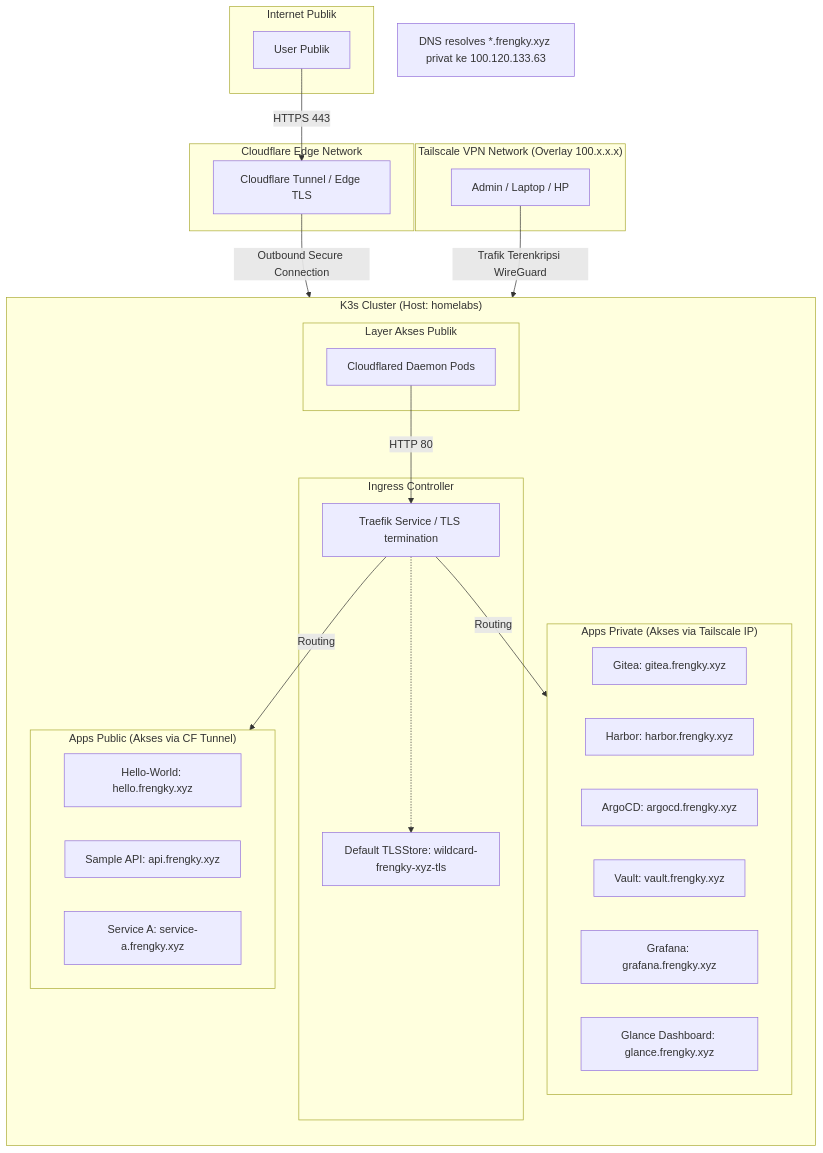
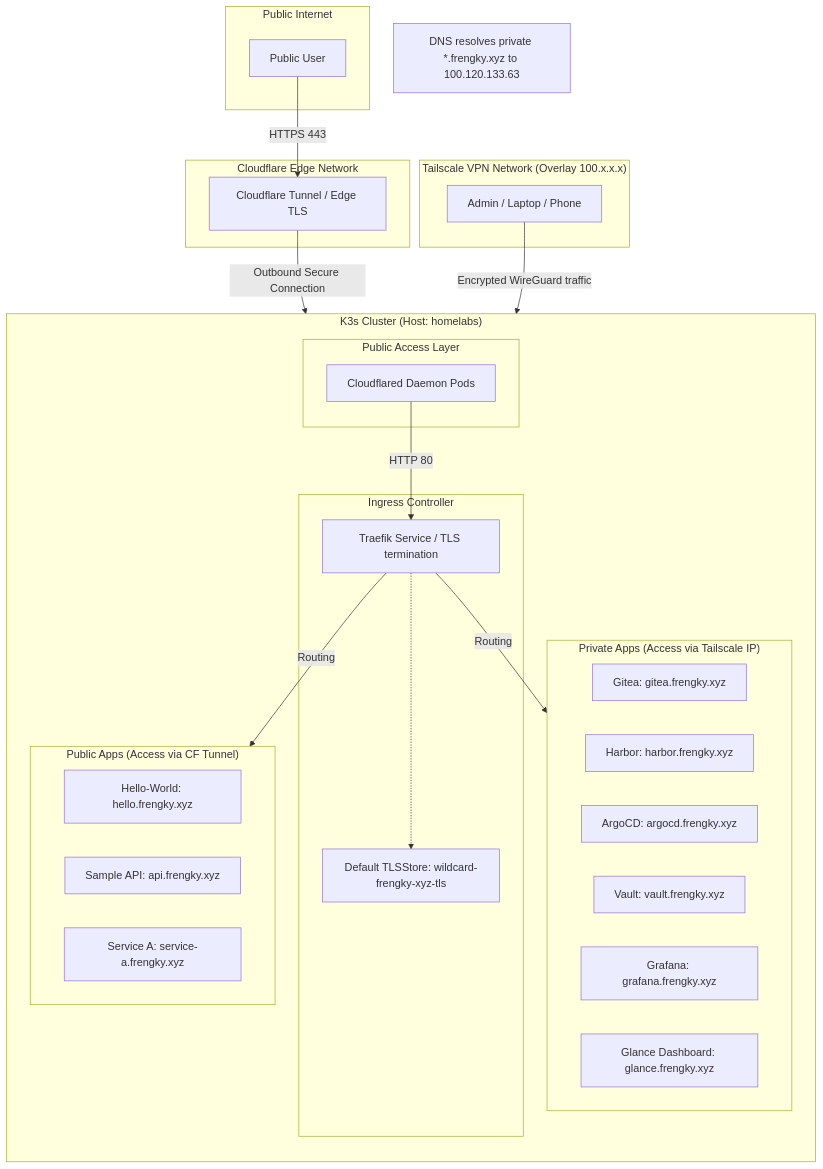
One commit to frengkysorituamanurung/homelabs changed the second of 2 diagrams in docs/k3s_infrastructure.md. Above: the diagram before and after it, drawn with Mermaid. The commit also changed other lines of this file and 15 other files, not shown here.

````diff
--- a/docs/k3s_infrastructure.md
+++ b/docs/k3s_infrastructure.md
@@ -371,54 +371,54 @@
 ```mermaid
 graph TB
-    subgraph Internet_Publik["Internet Publik"]
-        User1[User Publik]
+    subgraph Internet_Publik["Public Internet"]
+        User1[Public User]
     end
     
     subgraph Tailnet_VPN["Tailscale VPN Network (Overlay 100.x.x.x)"]
-        Admin[Admin / Laptop / HP]
+        Admin[Admin / Laptop / Phone]
     end
     
     subgraph Cloudflare_Edge["Cloudflare Edge Network"]
         Tunnel[Cloudflare Tunnel / Edge TLS]
     end
     
     subgraph K3s_Host["K3s Cluster (Host: homelabs)"]
         direction TB
         
-        subgraph Cloudflare_Ingress["Layer Akses Publik"]
+        subgraph Cloudflare_Ingress["Public Access Layer"]
             CF_Daemon[Cloudflared Daemon Pods]
         end
         
         subgraph Traefik_Core["Ingress Controller"]
             Traefik[Traefik Service / TLS termination]
             TLSStore[Default TLSStore: wildcard-frengky-xyz-tls]
         end
         
-        subgraph Apps_Private["Apps Private (Akses via Tailscale IP)"]
+        subgraph Apps_Private["Private Apps (Access via Tailscale IP)"]
             Gitea[Gitea: gitea.frengky.xyz]
             Harbor[Harbor: harbor.frengky.xyz]
             ArgoCD[ArgoCD: argocd.frengky.xyz]
             Vault[Vault: vault.frengky.xyz]
             Grafana[Grafana: grafana.frengky.xyz]
             Glance[Glance Dashboard: glance.frengky.xyz]
         end
         
-        subgraph Apps_Public["Apps Public (Akses via CF Tunnel)"]
+        subgraph Apps_Public["Public Apps (Access via CF Tunnel)"]
             HelloWorld[Hello-World: hello.frengky.xyz]
             SampleAPI[Sample API: api.frengky.xyz]
             ServiceA[Service A: service-a.frengky.xyz]
         end
     end
- 
-    %% Jalur Trafik Publik
+    
+    %% Public traffic path
     User1 -->|HTTPS 443| Tunnel
     Tunnel -->|Outbound Secure Connection| CF_Daemon
     CF_Daemon -->|HTTP 80| Traefik
     Traefik -->|Routing| Apps_Public
- 
-    %% Jalur Trafik Privat
-    Admin -->|Trafik Terenkripsi WireGuard| Traefik
-    note["DNS resolves *.frengky.xyz privat ke 100.120.133.63"]
+    
+    %% Private traffic path
+    Admin -->|Encrypted WireGuard traffic| Traefik
+    note["DNS resolves private *.frengky.xyz to 100.120.133.63"]
     Traefik -.-> TLSStore
     Traefik -->|Routing| Apps_Private
 ```
````
